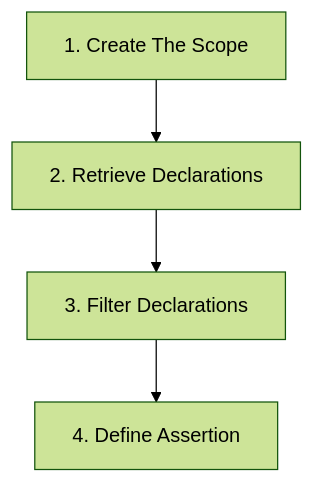
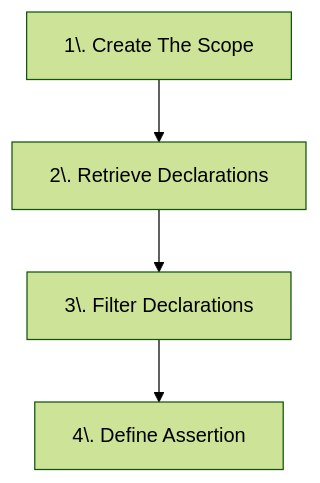
The diagram in getting-started/getting-started/create-first-konsist-test-declaration-check.md (LemonAppDev/konsist-documentation), drawn with Mermaid before and after one commit. The commit also changed 8 other files, not shown here.

Commit message:
upd mermeid diagrams

````diff
--- a/getting-started/getting-started/create-first-konsist-test-declaration-check.md
+++ b/getting-started/getting-started/create-first-konsist-test-declaration-check.md
@@ -24,8 +24,8 @@
 ```mermaid
 %%{init: {'theme':'forest'}}%%
 flowchart TB
-    Step1["1. Create The Scope"]-->Step2
-    Step2["2. Retrieve Declarations"]-->Step3
-    Step3["3. Filter Declarations"]-->Step4
-    Step4["4. Define Assertion"]
+    Step1["1\. Create The Scope"]-->Step2
+    Step2["2\. Retrieve Declarations"]-->Step3
+    Step3["3\. Filter Declarations"]-->Step4
+    Step4["4\. Define Assertion"]
 ```
````
